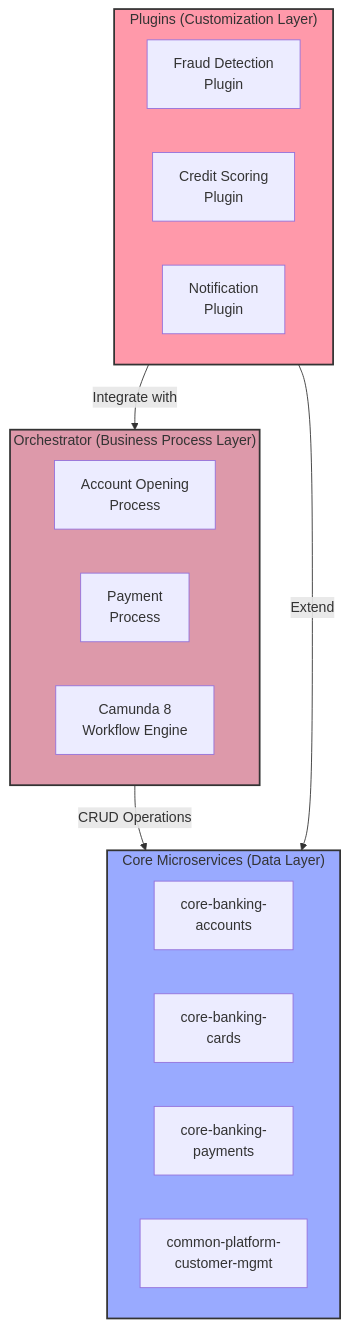
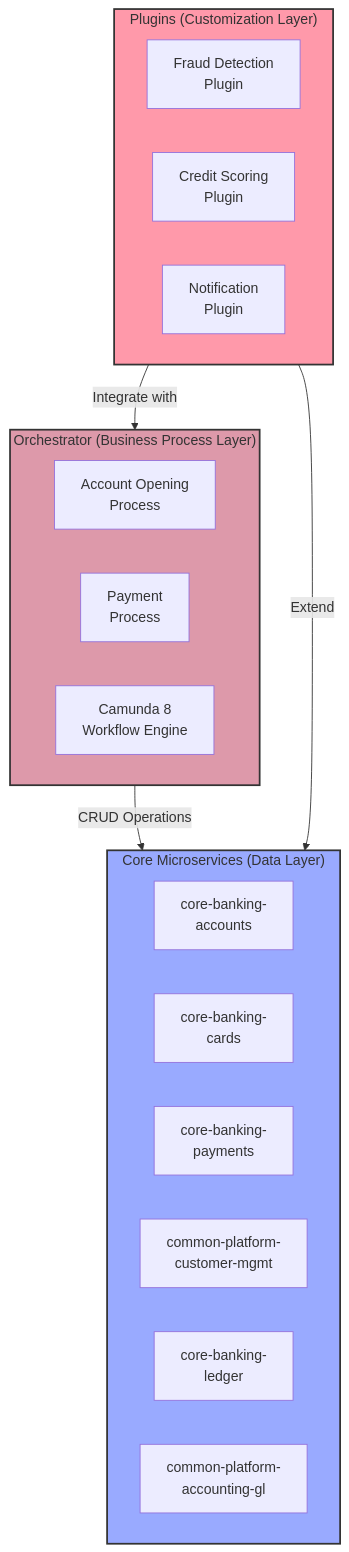
The first of 5 diagrams in README.md (firefly-oss/lib-plugin-manager), drawn with Mermaid before and after one commit. The commit also changed other lines of this file and 1 other file, not shown here.

````diff
--- a/README.md
+++ b/README.md
@@ -220,36 +220,38 @@
 ```mermaid
 graph TB
     %% Define the main layers
     subgraph Plugins["Plugins (Customization Layer)"]
         Plugin1["Fraud Detection<br>Plugin"]
         Plugin2["Credit Scoring<br>Plugin"]
         Plugin3["Notification<br>Plugin"]
     end
 
     subgraph Orchestrator["Orchestrator (Business Process Layer)"]
         Process1["Account Opening<br>Process"]
         Process2["Payment<br>Process"]
         Camunda["Camunda 8<br>Workflow Engine"]
     end
 
     subgraph CoreMS["Core Microservices (Data Layer)"]
         MS1["core-banking-<br>accounts"]
         MS2["core-banking-<br>cards"]
         MS3["core-banking-<br>payments"]
         MS4["common-platform-<br>customer-mgmt"]
+        MS5["core-banking-<br>ledger"]
+        MS6["common-platform-<br>accounting-gl"]
     end
 
     %% Define relationships between layers
     Orchestrator -->|"CRUD Operations"| CoreMS
     Plugins -->|"Extend"| CoreMS
     Plugins -->|"Integrate with"| Orchestrator
 
     %% Styling
     classDef plugins fill:#f9a,stroke:#333,stroke-width:2px;
     classDef orchestrator fill:#d9a,stroke:#333,stroke-width:2px;
     classDef core fill:#9af,stroke:#333,stroke-width:2px;
 
     class Plugins plugins;
     class Orchestrator orchestrator;
     class CoreMS core;
 ```
````
